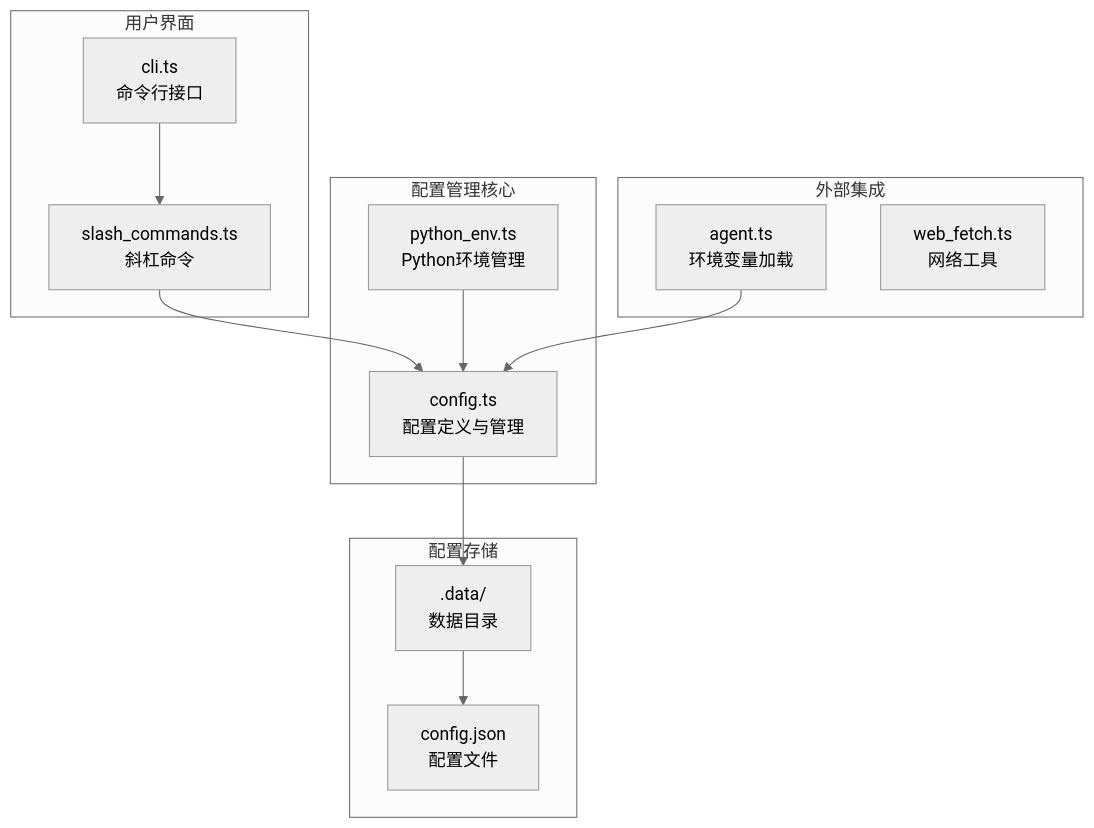
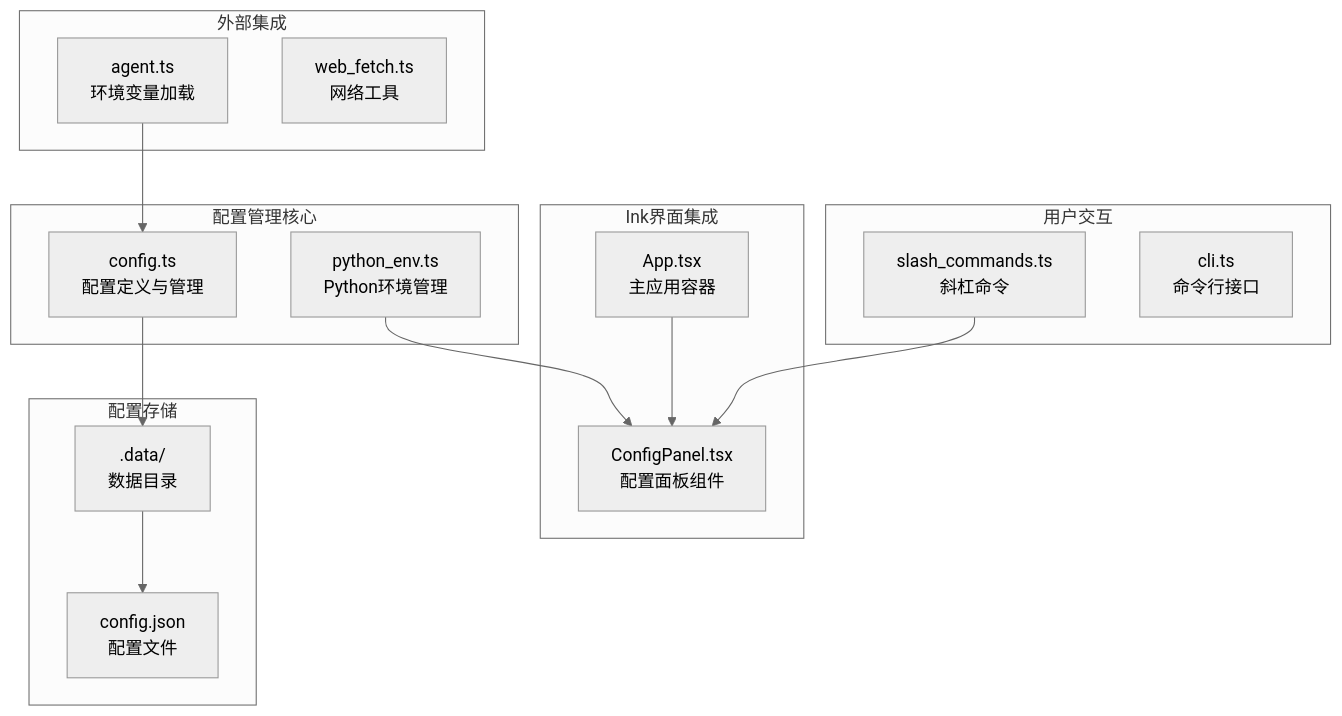
The first of 7 diagrams in .qoder/repowiki/zh/content/配置管理.md (HAOFUYANG/onion-code), drawn with Mermaid (neutral theme) before and after one commit. The commit also changed other lines of this file and 80 other files, not shown here.

````diff
--- a/.qoder/repowiki/zh/content/配置管理.md
+++ b/.qoder/repowiki/zh/content/配置管理.md
@@ -33,25 +45,29 @@
 ```mermaid
 graph TB
 subgraph "配置管理核心"
 ConfigTS[config.ts<br/>配置定义与管理]
 PythonEnvTS[python_env.ts<br/>Python环境管理]
 end
-subgraph "用户界面"
+subgraph "Ink界面集成"
+AppTSX[App.tsx<br/>主应用容器]
+ConfigPanelTSX[ConfigPanel.tsx<br/>配置面板组件]
+end
+subgraph "用户交互"
+SlashTS[slash_commands.ts<br/>斜杠命令]
 CLITS[cli.ts<br/>命令行接口]
-SlashTS[slash_commands.ts<br/>斜杠命令]
 end
 subgraph "外部集成"
 AgentTS[agent.ts<br/>环境变量加载]
 WebFetchTS[web_fetch.ts<br/>网络工具]
 end
 subgraph "配置存储"
 DataDir[.data/<br/>数据目录]
 ConfigFile[config.json<br/>配置文件]
 end
 ConfigTS --> DataDir
 DataDir --> ConfigFile
-SlashTS --> ConfigTS
-CLITS --> SlashTS
-PythonEnvTS --> ConfigTS
+SlashTS --> ConfigPanelTSX
+AppTSX --> ConfigPanelTSX
+PythonEnvTS --> ConfigPanelTSX
 AgentTS --> ConfigTS
 ```
````
